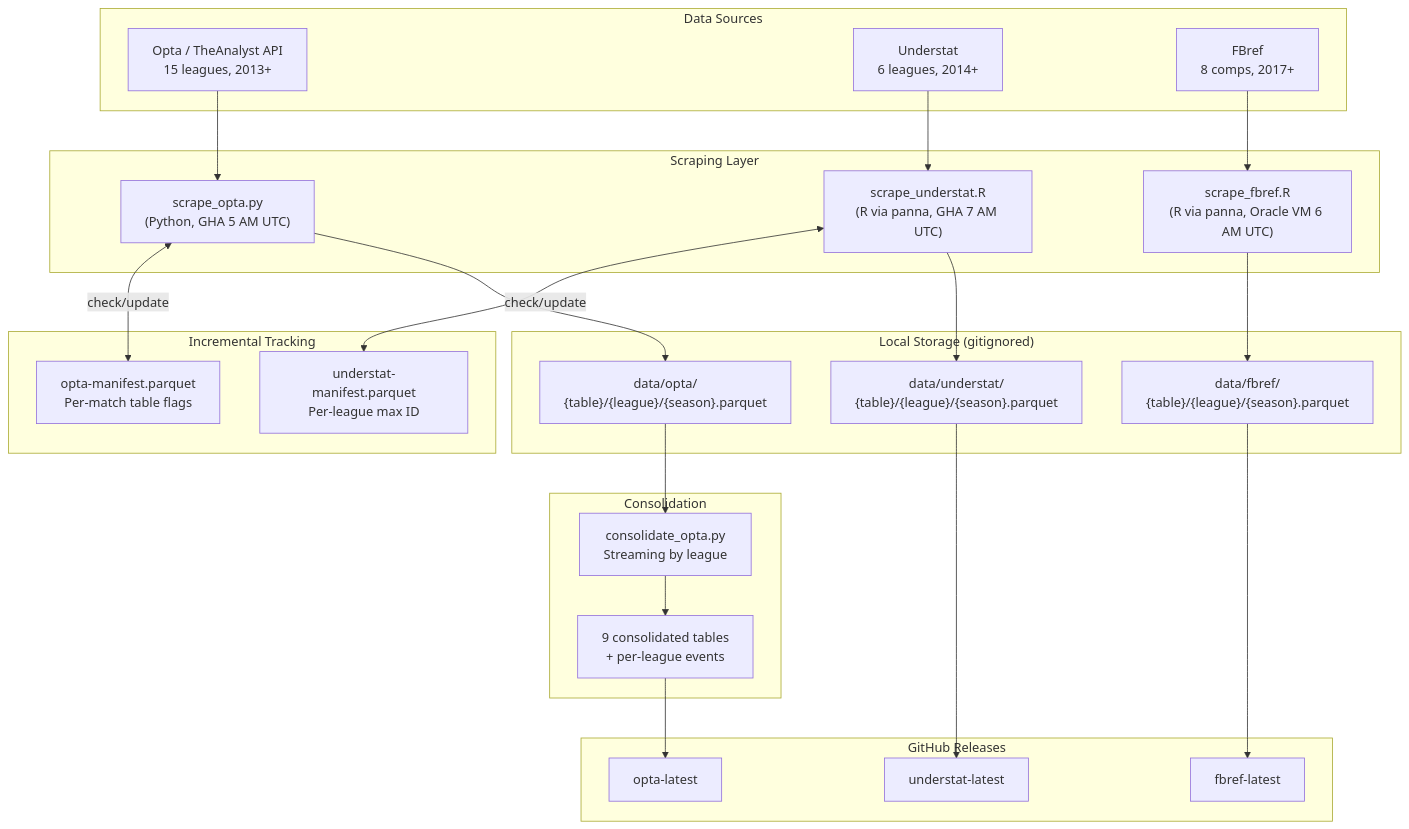
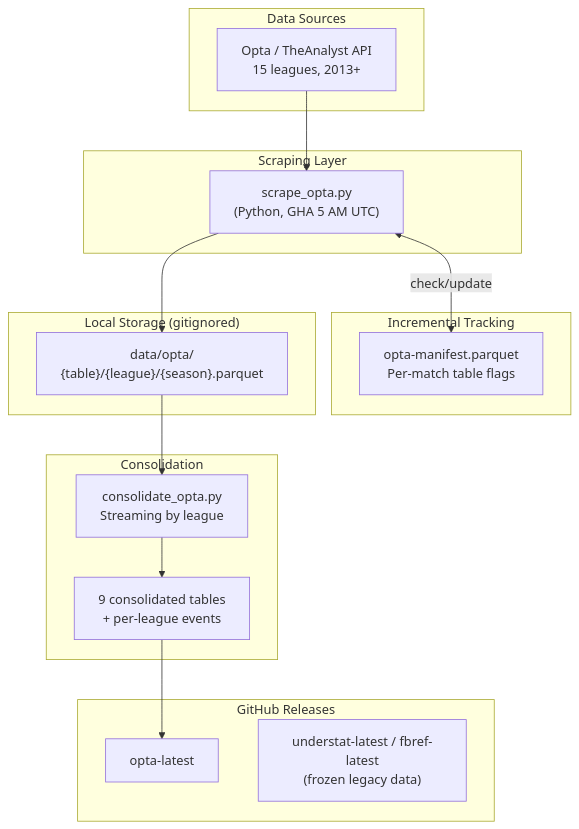
One commit to peteowen1/pannadata changed the diagram in ARCHITECTURE.md. Above: the diagram before and after it, drawn with Mermaid. The commit also changed other lines of this file and 12 other files, not shown here.

First line of the commit message:
Remove retired FBref/Understat scrapers and disabled workflows

````diff
--- a/ARCHITECTURE.md
+++ b/ARCHITECTURE.md
@@ -19,47 +19,32 @@
 ```mermaid
 flowchart TD
     subgraph APIs["Data Sources"]
         OPTA["Opta / TheAnalyst API\n15 leagues, 2013+"]
-        UNDER["Understat\n6 leagues, 2014+"]
-        FBREF["FBref\n8 comps, 2017+"]
     end
 
     subgraph Scrapers["Scraping Layer"]
         S_OPTA["scrape_opta.py\n(Python, GHA 5 AM UTC)"]
-        S_UNDER["scrape_understat.R\n(R via panna, GHA 7 AM UTC)"]
-        S_FBREF["scrape_fbref.R\n(R via panna, Oracle VM 6 AM UTC)"]
     end
 
     subgraph Manifests["Incremental Tracking"]
         M_OPTA["opta-manifest.parquet\nPer-match table flags"]
-        M_UNDER["understat-manifest.parquet\nPer-league max ID"]
     end
 
     subgraph Storage["Local Storage (gitignored)"]
         RAW_OPTA["data/opta/\n{table}/{league}/{season}.parquet"]
-        RAW_UNDER["data/understat/\n{table}/{league}/{season}.parquet"]
-        RAW_FBREF["data/fbref/\n{table}/{league}/{season}.parquet"]
     end
 
     subgraph Consolidation["Consolidation"]
         C_OPTA["consolidate_opta.py\nStreaming by league"]
         C_CONSOL["9 consolidated tables\n+ per-league events"]
     end
 
     subgraph Releases["GitHub Releases"]
         REL_OPTA["opta-latest"]
-        REL_UNDER["understat-latest"]
-        REL_FBREF["fbref-latest"]
+        REL_LEGACY["understat-latest / fbref-latest\n(frozen legacy data)"]
     end
 
     OPTA --> S_OPTA
-    UNDER --> S_UNDER
-    FBREF --> S_FBREF
-
     S_OPTA <-->|"check/update"| M_OPTA
-    S_UNDER <-->|"check/update"| M_UNDER
-
     S_OPTA --> RAW_OPTA --> C_OPTA --> C_CONSOL --> REL_OPTA
-    S_UNDER --> RAW_UNDER --> REL_UNDER
-    S_FBREF --> RAW_FBREF --> REL_FBREF
 ```
````
